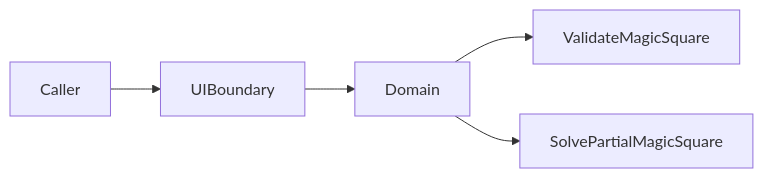
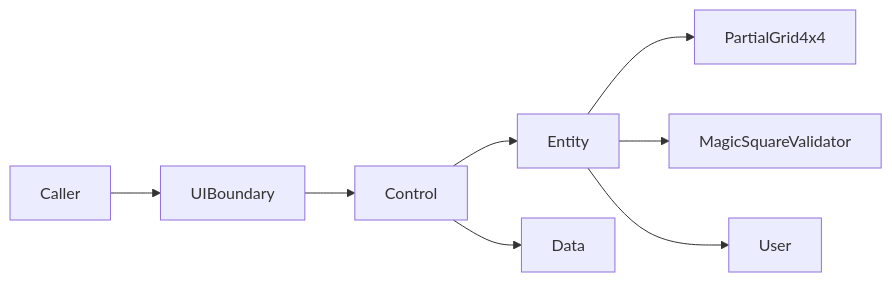
The diagram in Report/00-project-progress-report.md (tworimpa/MagicSquare_18), drawn with Mermaid before and after one commit. The commit also changed other lines of this file and 66 other files, not shown here.

````diff
--- a/Report/00-project-progress-report.md
+++ b/Report/00-project-progress-report.md
@@ -105,7 +186,10 @@
 ```mermaid
 flowchart LR
   Caller --> UIBoundary
-  UIBoundary --> Domain
-  Domain --> ValidateMagicSquare
-  Domain --> SolvePartialMagicSquare
+  UIBoundary --> Control
+  Control --> Entity
+  Control --> Data
+  Entity --> PartialGrid4x4
+  Entity --> MagicSquareValidator
+  Entity --> User
 ```
````
